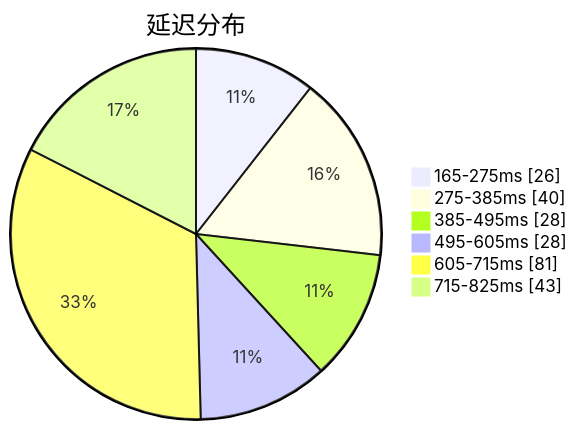
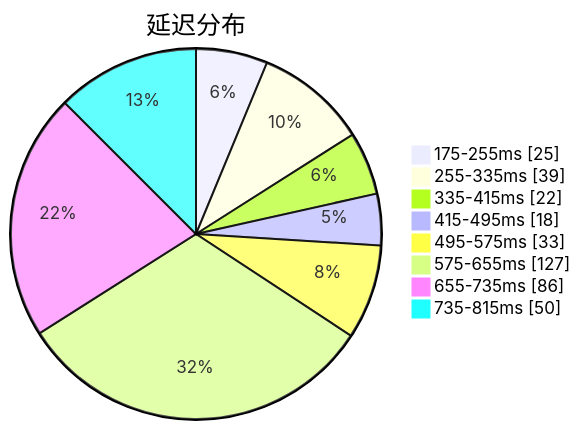
The first of 3 diagrams in subs/statistics/tested_within.md (qjlxg/airport), drawn with Mermaid before and after one commit. The commit also changed other lines of this file and 2 other files, not shown here.

Commit message:
Tested by metaST

````diff
--- a/subs/statistics/tested_within.md
+++ b/subs/statistics/tested_within.md
@@ -2,10 +2,12 @@
 ```mermaid
 pie showData
 title 延迟分布
-"165-275ms" : 26
-"275-385ms" : 40
-"385-495ms" : 28
-"495-605ms" : 28
-"605-715ms" : 81
-"715-825ms" : 43
+"175-255ms" : 25
+"255-335ms" : 39
+"335-415ms" : 22
+"415-495ms" : 18
+"495-575ms" : 33
+"575-655ms" : 127
+"655-735ms" : 86
+"735-815ms" : 50
 ```
````
